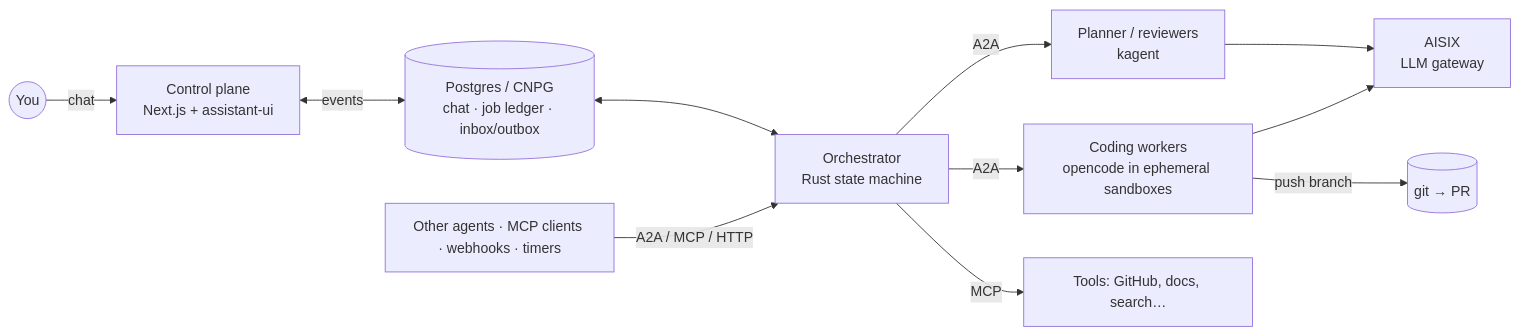
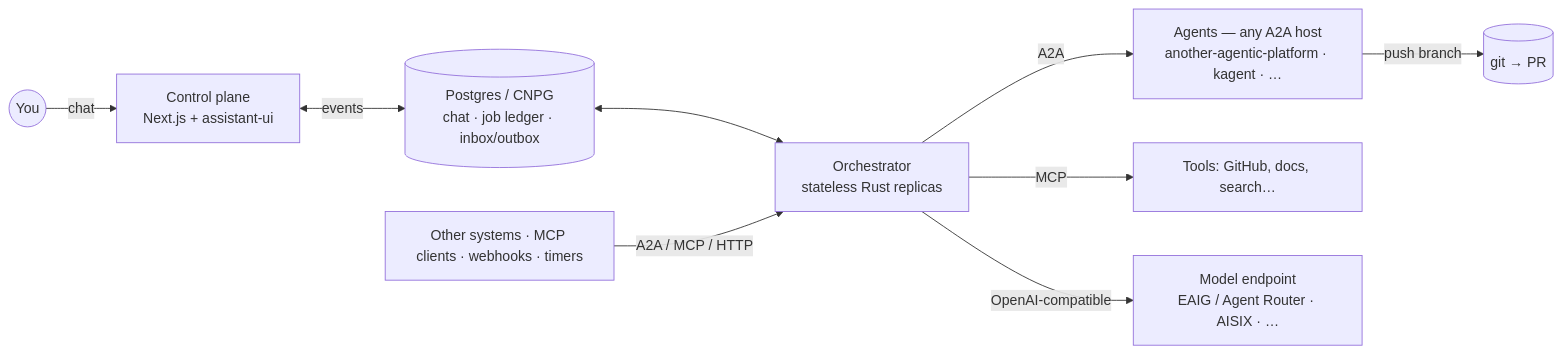
The diagram in README.md (vymalo/another-agentic-system), drawn with Mermaid before and after one commit. The commit also changed other lines of this file and 10 other files, not shown here.

````diff
--- a/README.md
+++ b/README.md
@@ -12,12 +18,11 @@
 ```mermaid
 flowchart LR
   you((You)) -- chat --> cp[Control plane<br/>Next.js + assistant-ui]
   cp <-- events --> db[(Postgres / CNPG<br/>chat · job ledger · inbox/outbox)]
-  db <--> orch[Orchestrator<br/>Rust state machine]
-  orch -- A2A --> planner[Planner / reviewers<br/>kagent]
-  orch -- A2A --> workers[Coding workers<br/>opencode in ephemeral sandboxes]
+  db <--> orch[Orchestrator<br/>stateless Rust replicas]
+  ext[Other systems · MCP clients · webhooks · timers] -- A2A / MCP / HTTP --> orch
+  orch -- A2A --> agents[Agents — any A2A host<br/>another-agentic-platform · kagent · …]
   orch -- MCP --> tools[Tools: GitHub, docs, search…]
-  ext[Other agents · MCP clients · webhooks · timers] -- A2A / MCP / HTTP --> orch
-  workers -- push branch --> git[(git → PR)]
-  planner & workers --> gw[AISIX<br/>LLM gateway]
+  orch -- OpenAI-compatible --> gw[Model endpoint<br/>EAIG / Agent Router · AISIX · …]
+  agents -- push branch --> git[(git → PR)]
 ```
````
